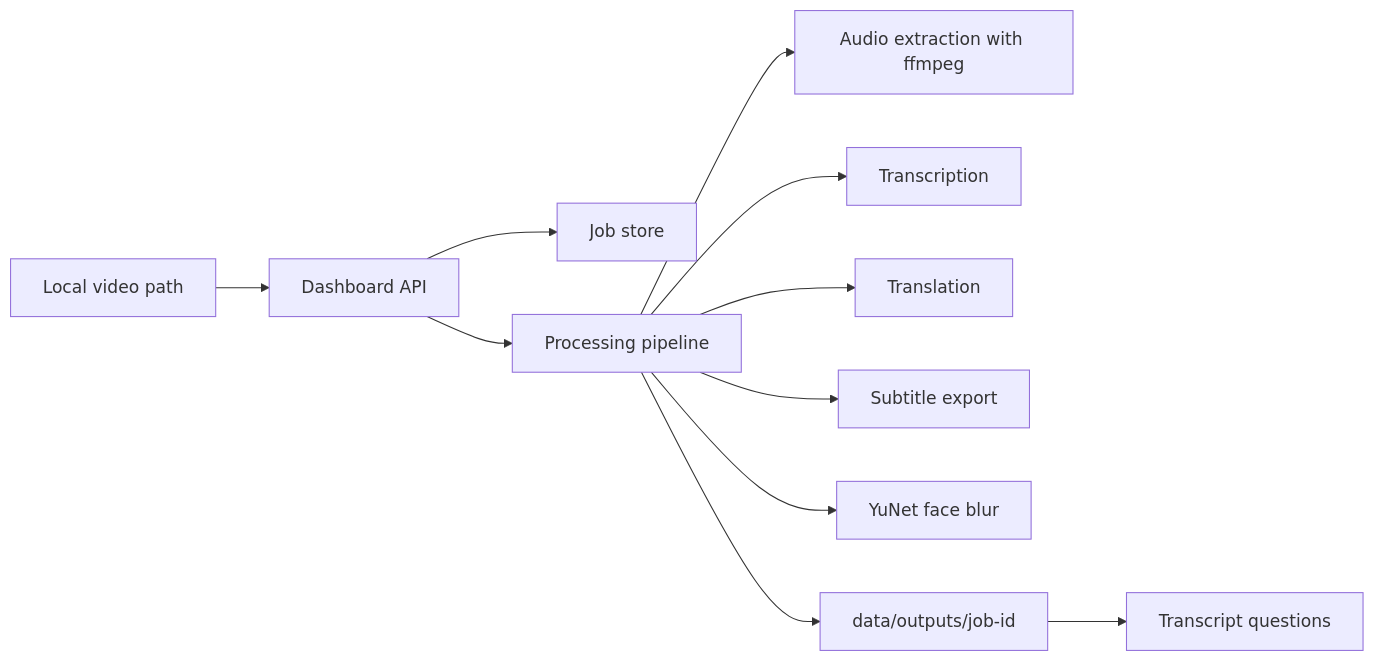
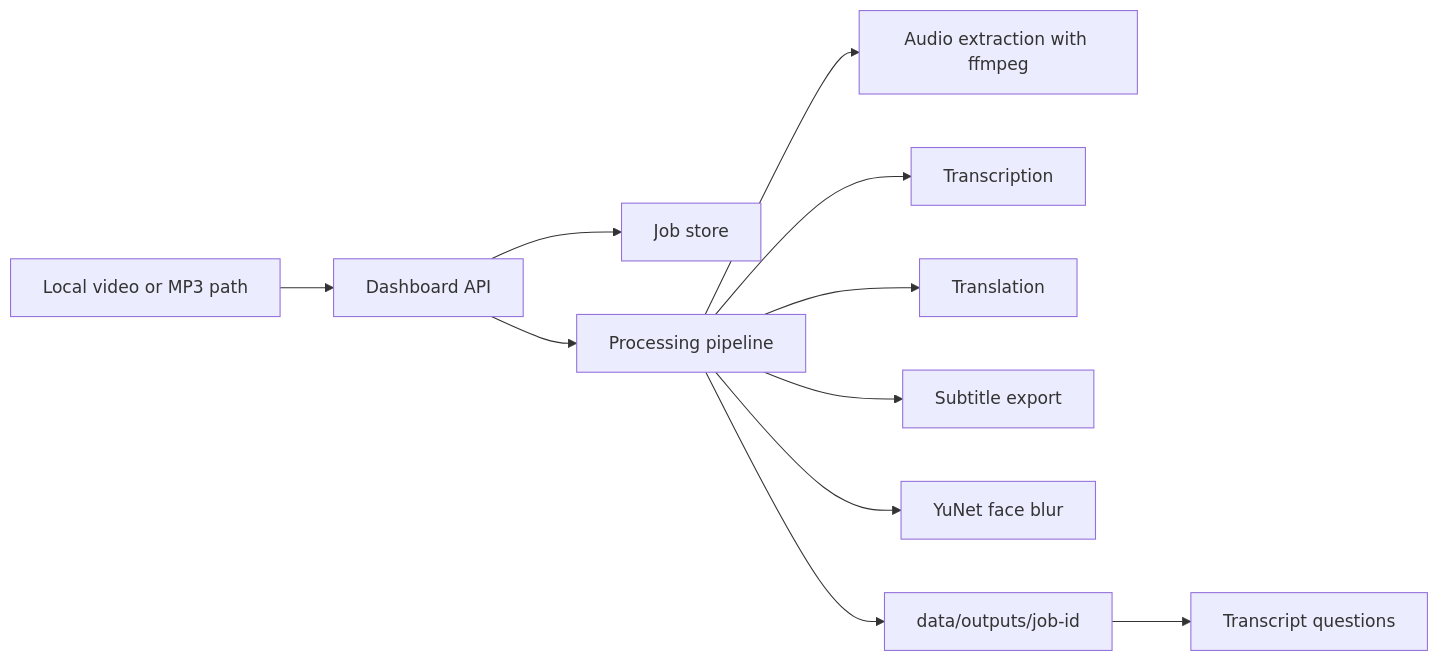
The diagram in README.md (modeitsch/face-blur-yunet), drawn with Mermaid before and after one commit. The commit also changed other lines of this file and 9 other files, not shown here.

````diff
--- a/README.md
+++ b/README.md
@@ -149,13 +150,13 @@
 ```mermaid
 flowchart LR
-  A["Local video path"] --> B["Dashboard API"]
+  A["Local video or MP3 path"] --> B["Dashboard API"]
   B --> C["Job store"]
   B --> D["Processing pipeline"]
   D --> E["Audio extraction with ffmpeg"]
   D --> F["Transcription"]
   D --> G["Translation"]
   D --> H["Subtitle export"]
   D --> I["YuNet face blur"]
   D --> J["data/outputs/job-id"]
   J --> K["Transcript questions"]
 ```
````
